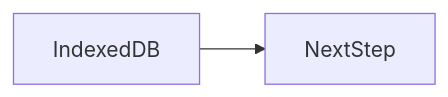
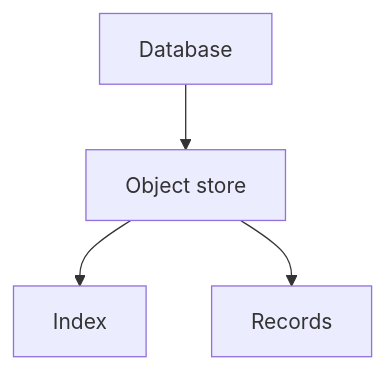
One commit to OmidJavaherii/Frontend-Engineering-Handbook changed the second of 2 diagrams in docs/en/09-browser-apis/indexeddb/index.md. Above: the diagram before and after it, drawn with Mermaid. The commit also changed other lines of this file and 461 other files, not shown here.

````diff
--- a/docs/en/09-browser-apis/indexeddb/index.md
+++ b/docs/en/09-browser-apis/indexeddb/index.md
@@ -95,4 +122,6 @@
 ```mermaid
-flowchart LR
-  concept[IndexedDB] --> nextStep[NextStep]
+flowchart TD
+  DB[Database] --> Store[Object store]
+  Store --> Idx[Index]
+  Store --> Rec[Records]
 ```
````
